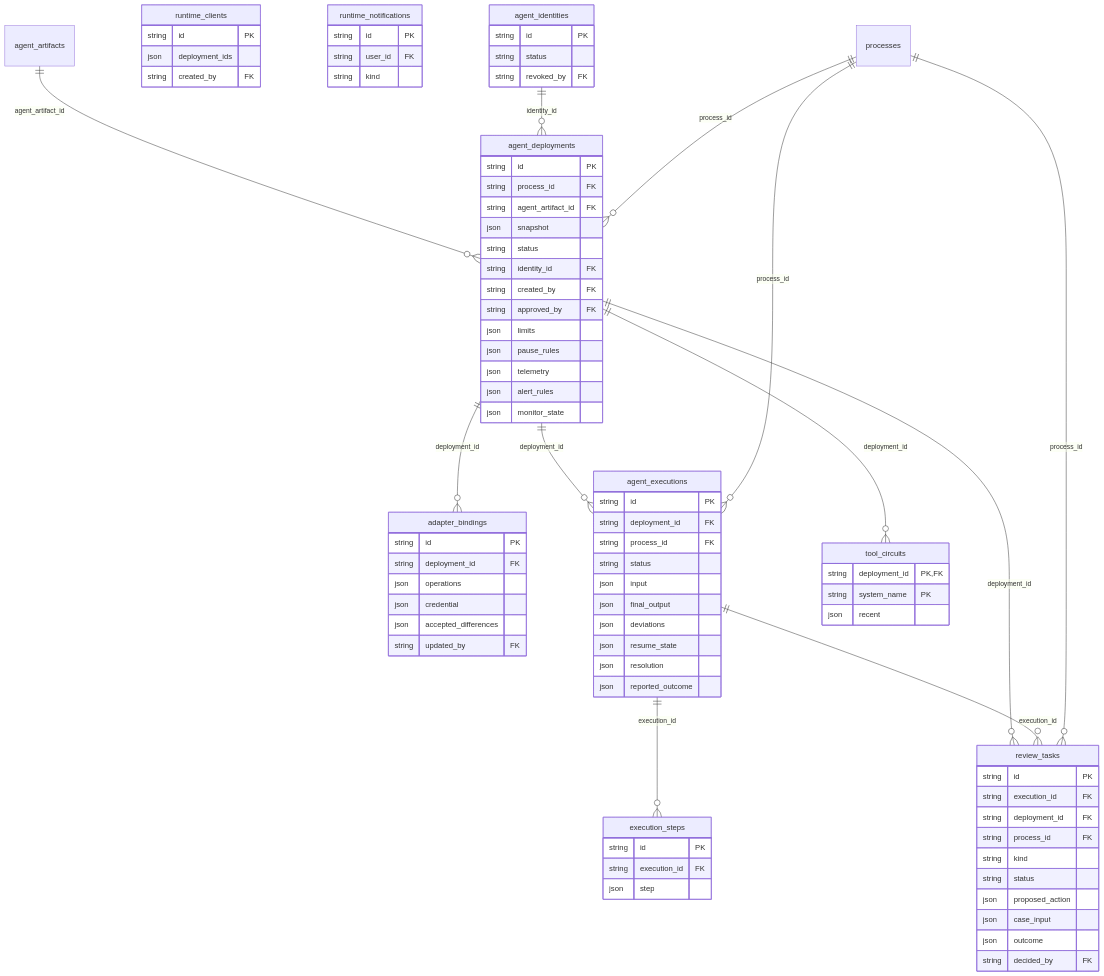
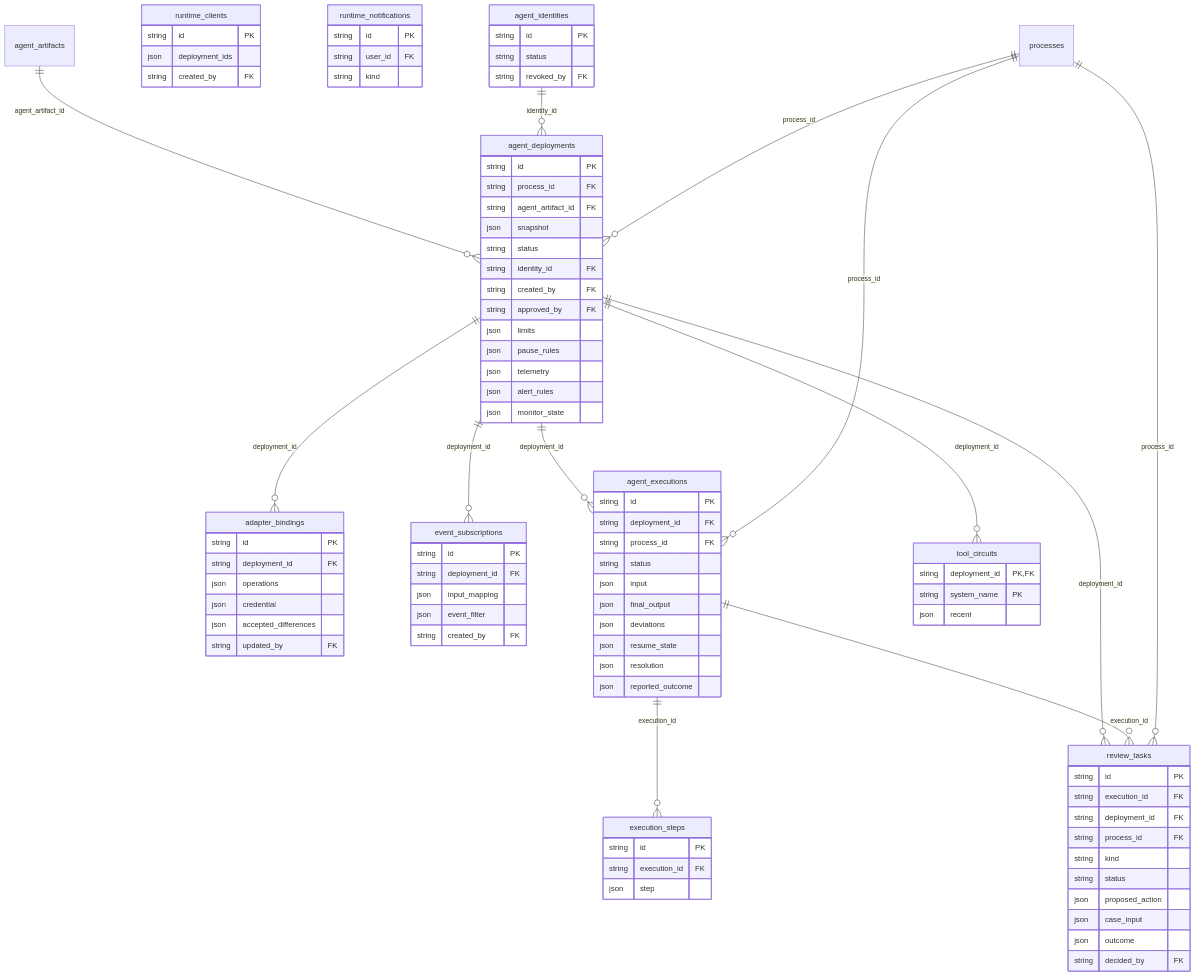
One commit to jayendukumar/agentify changed the seventh of 9 diagrams in docs/wiki/Data-Model.md. Above: the diagram before and after it, drawn with Mermaid. The commit also changed other lines of this file and 18 other files, not shown here.

```diff
--- a/docs/wiki/Data-Model.md
+++ b/docs/wiki/Data-Model.md
@@ -550,6 +550,13 @@
     runtime_clients {
         string id PK
         json deployment_ids
+        string created_by FK
+    }
+    event_subscriptions {
+        string id PK
+        string deployment_id FK
+        json input_mapping
+        json event_filter
         string created_by FK
     }
     agent_executions {
@@ -597,6 +604,7 @@
     agent_identities ||--o{ agent_deployments : "identity_id"
     processes ||--o{ agent_deployments : "process_id"
     agent_deployments ||--o{ adapter_bindings : "deployment_id"
+    agent_deployments ||--o{ event_subscriptions : "deployment_id"
     agent_deployments ||--o{ agent_executions : "deployment_id"
     processes ||--o{ agent_executions : "process_id"
     agent_executions ||--o{ execution_steps : "execution_id"
```
